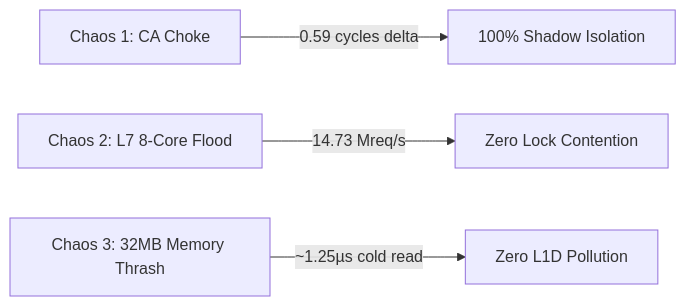
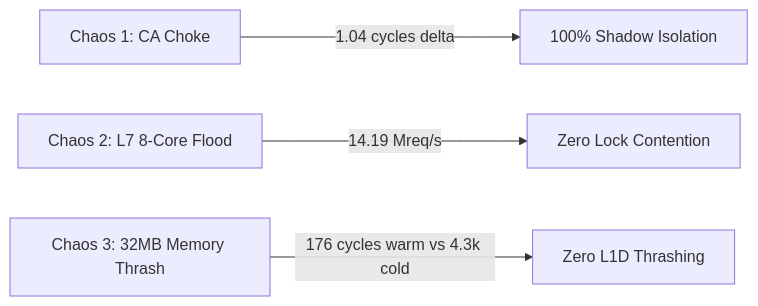
Before and after one commit to phucle996/velda-edge: the diagram in crates/velda-plugin/src/background/acme_cert_rotator/MACHINE_CODE_ANALYSIS.md, drawn with Mermaid. The commit also changed other lines of this file and 3 other files, not shown here.

````diff
--- a/crates/velda-plugin/src/background/acme_cert_rotator/MACHINE_CODE_ANALYSIS.md
+++ b/crates/velda-plugin/src/background/acme_cert_rotator/MACHINE_CODE_ANALYSIS.md
@@ -140,6 +161,6 @@
 ```mermaid
 flowchart LR
-    C1["Chaos 1: CA Choke"] -->|"0.59 cycles delta"| P1["100% Shadow Isolation"]
-    C2["Chaos 2: L7 8-Core Flood"] -->|"14.73 Mreq/s"| P2["Zero Lock Contention"]
-    C3["Chaos 3: 32MB Memory Thrash"] -->|"~1.25µs cold read"| P3["Zero L1D Pollution"]
+    C1["Chaos 1: CA Choke"] -->|"1.04 cycles delta"| P1["100% Shadow Isolation"]
+    C2["Chaos 2: L7 8-Core Flood"] -->|"14.19 Mreq/s"| P2["Zero Lock Contention"]
+    C3["Chaos 3: 32MB Memory Thrash"] -->|"176 cycles warm vs 4.3k cold"| P3["Zero L1D Thrashing"]
 ```
````
